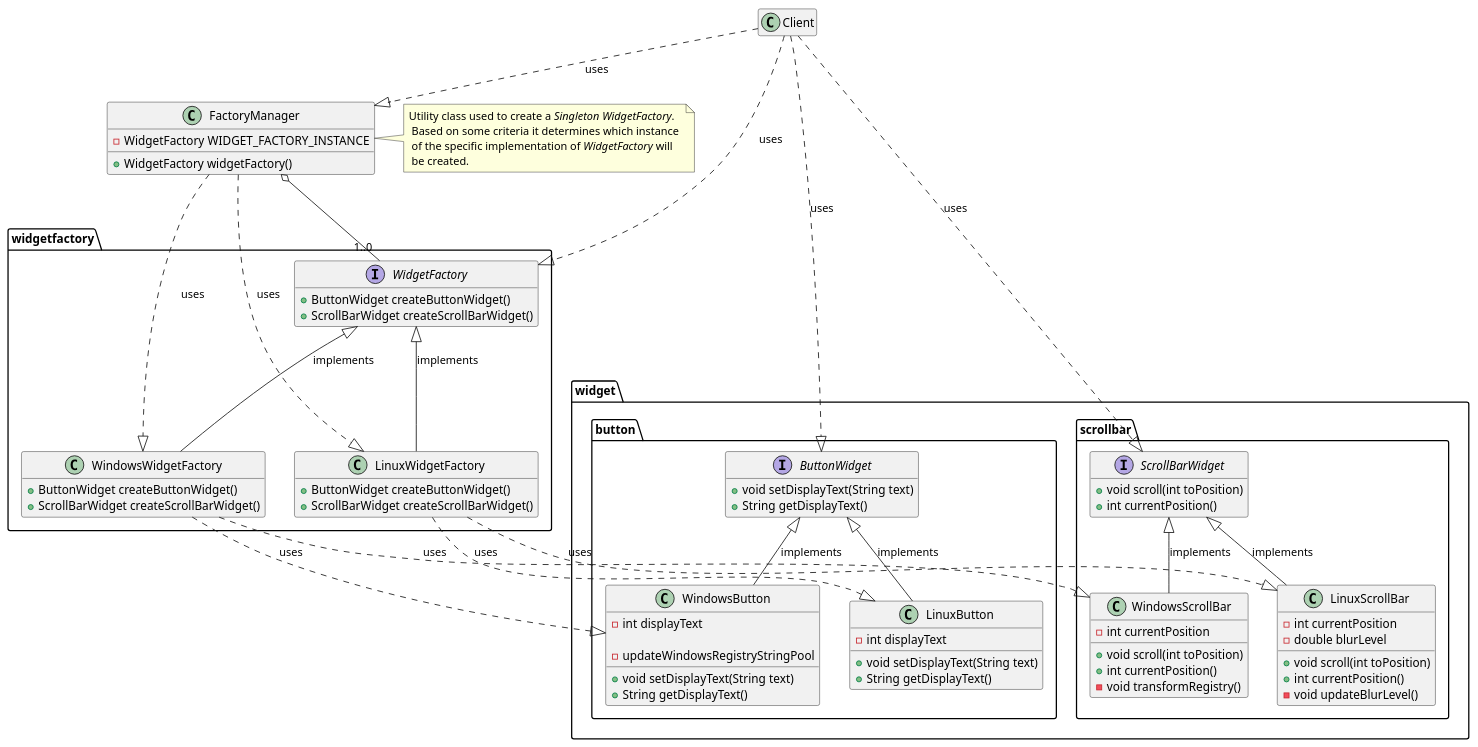
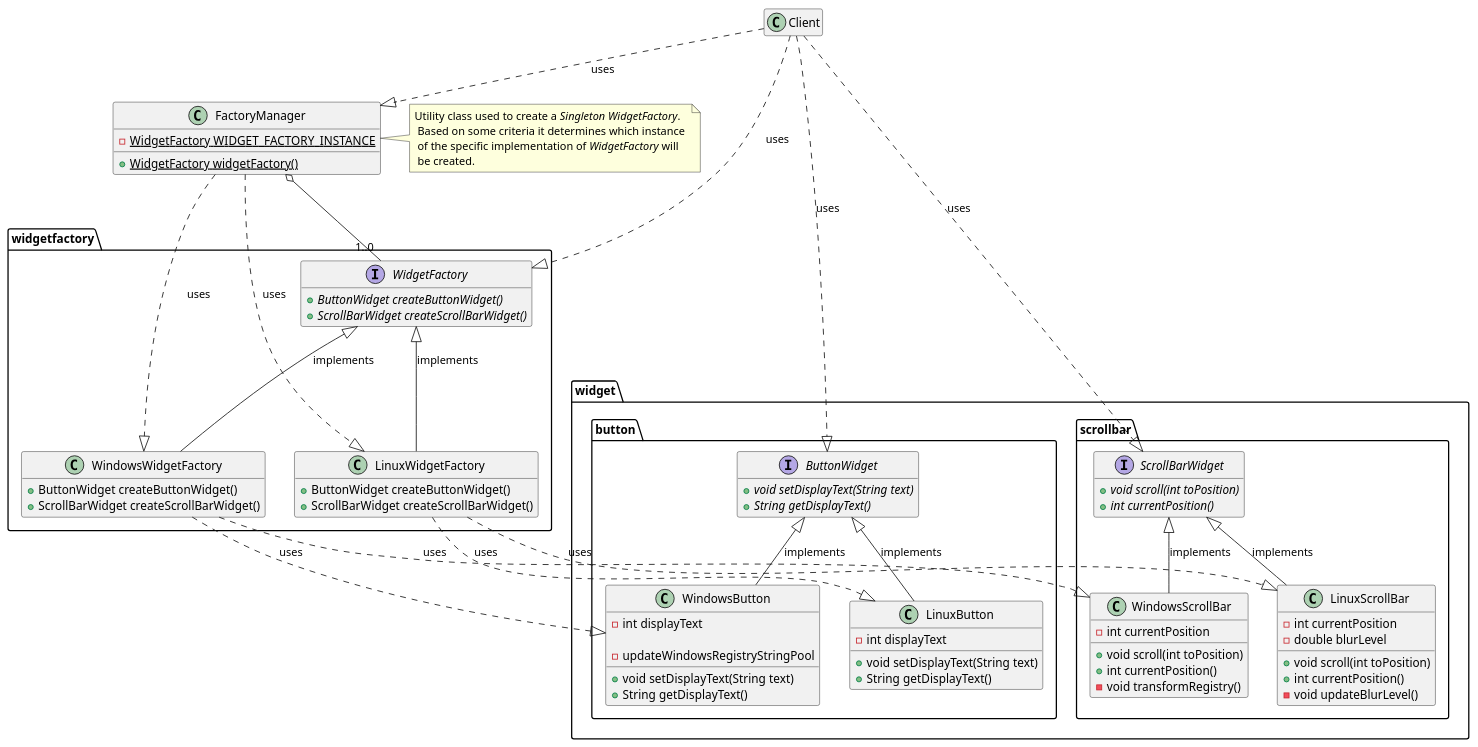
One commit to lealceldeiro/gems changed the diagram in DesignPatternsElementsOfReusableObjectOrientesSoftware/Chapter03/AbstractFactory/AbstractFactoryPattern.puml. Above: the diagram before and after it, drawn with PlantUML.

Commit message:
Update AbstractFactoryPattern.puml
highlight abstract and static methods

```diff
--- a/DesignPatternsElementsOfReusableObjectOrientesSoftware/Chapter03/AbstractFactory/AbstractFactoryPattern.puml
+++ b/DesignPatternsElementsOfReusableObjectOrientesSoftware/Chapter03/AbstractFactory/AbstractFactoryPattern.puml
@@ -1,96 +1,96 @@
 @startuml
 package widgetfactory {
     interface WidgetFactory {
-        + ButtonWidget createButtonWidget()
-        + ScrollBarWidget createScrollBarWidget()
+        + {abstract} ButtonWidget createButtonWidget()
+        + {abstract} ScrollBarWidget createScrollBarWidget()
     }
     class LinuxWidgetFactory {
         + ButtonWidget createButtonWidget()
         + ScrollBarWidget createScrollBarWidget()
     }
     class WindowsWidgetFactory {
         + ButtonWidget createButtonWidget()
         + ScrollBarWidget createScrollBarWidget()
     }
 
     WidgetFactory <|-- LinuxWidgetFactory : implements
     WidgetFactory <|-- WindowsWidgetFactory : implements
 }
 
 package widget {
     package scrollbar {
         interface ScrollBarWidget {
-            + void scroll(int toPosition)
-            + int currentPosition()
+            + {abstract} void scroll(int toPosition)
+            + {abstract} int currentPosition()
         }
         class LinuxScrollBar {
             - int currentPosition
             - double blurLevel
 
             + void scroll(int toPosition)
             + int currentPosition()
             - void updateBlurLevel()
         }
         class WindowsScrollBar {
             - int currentPosition
 
             + void scroll(int toPosition)
             + int currentPosition()
             - void transformRegistry()
         }
     }
     package button {
         interface ButtonWidget {
-            + void setDisplayText(String text)
-            + String getDisplayText()
+            + {abstract} void setDisplayText(String text)
+            + {abstract} String getDisplayText()
         }
         class LinuxButton {
             - int displayText
 
             + void setDisplayText(String text)
             + String getDisplayText()
         }
 
         class WindowsButton {
             - int displayText
 
             + void setDisplayText(String text)
             + String getDisplayText()
             - updateWindowsRegistryStringPool
         }
     }
 }
 
 ScrollBarWidget <|-- LinuxScrollBar : implements
 ButtonWidget <|-- LinuxButton : implements
 
 ScrollBarWidget <|-- WindowsScrollBar : implements
 ButtonWidget <|-- WindowsButton : implements
 
 class FactoryManager {
-    - WidgetFactory WIDGET_FACTORY_INSTANCE
+    - {static} WidgetFactory WIDGET_FACTORY_INSTANCE
 
-    + WidgetFactory widgetFactory()
+    + {static} WidgetFactory widgetFactory()
 }
 class FactoryManager
 note right: Utility class used to create a <i>Singleton</i> <i>WidgetFactory</i>. \n Based on some criteria it determines which instance \n of the specific implementation of <i>WidgetFactory</i> will \n be created.
 
 WindowsWidgetFactory ..|> WindowsButton : uses
 WindowsWidgetFactory ..|> WindowsScrollBar : uses
 
 LinuxWidgetFactory ..|> LinuxButton : uses
 LinuxWidgetFactory ..|> LinuxScrollBar : uses
 
 FactoryManager o-- "1..0" WidgetFactory
 FactoryManager ..|> LinuxWidgetFactory : uses
 FactoryManager ..|> WindowsWidgetFactory : uses
 
 class Client
 
 Client ..|> FactoryManager : uses
 Client ..|> ButtonWidget : uses
 Client ..|> ScrollBarWidget : uses
 Client ..|> WidgetFactory : uses
 
 hide empty members
 @enduml
```
